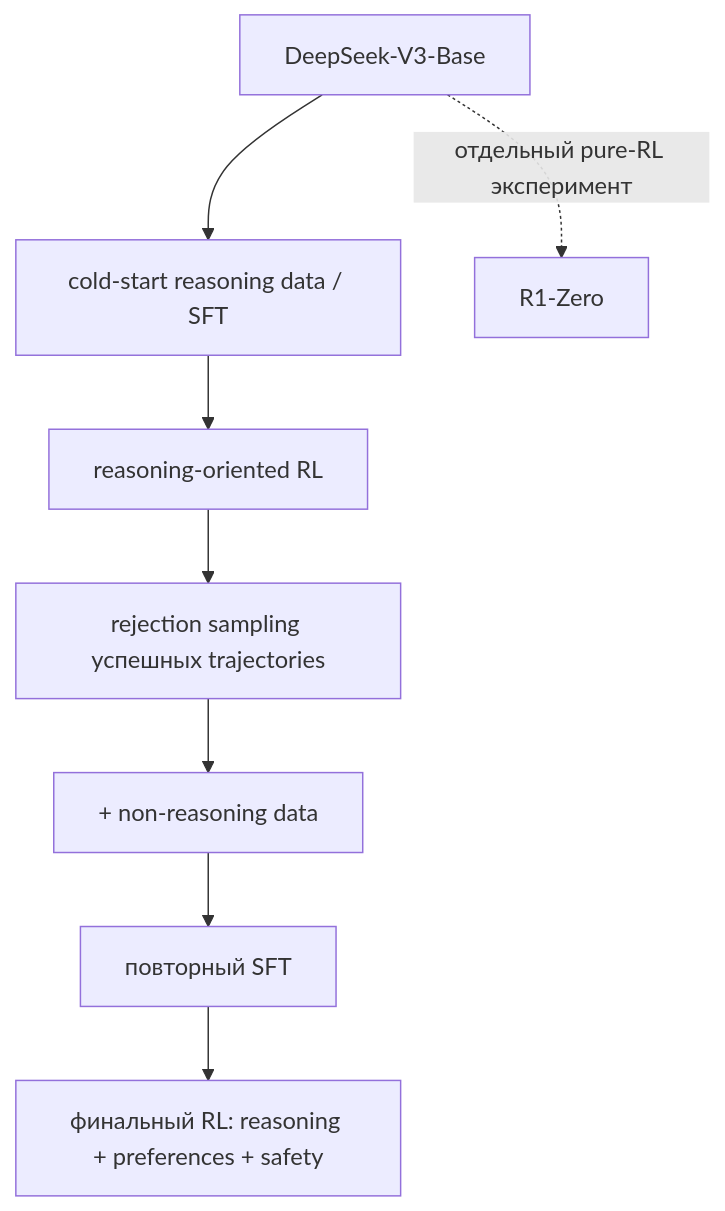
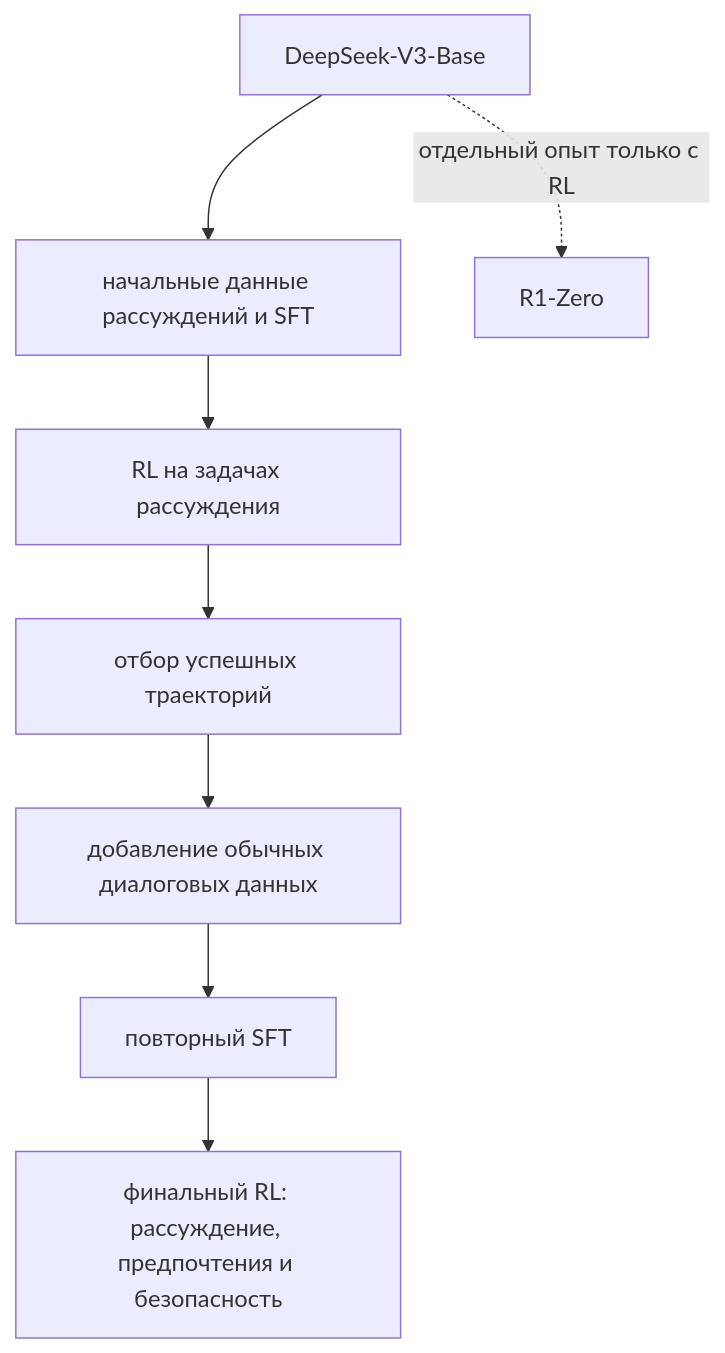
Before and after one commit to alpotekhin/bookvar: the second of 2 diagrams in 00 Учебник/12 Post-training и Alignment/07 GRPO и DeepSeek-R1.md, drawn with Mermaid. The commit also changed other lines of this file and 58 other files, not shown here.

````diff
--- a/00 Учебник/12 Post-training и Alignment/07 GRPO и DeepSeek-R1.md
+++ b/00 Учебник/12 Post-training и Alignment/07 GRPO и DeepSeek-R1.md
@@ -253,10 +264,10 @@
 ```mermaid
 flowchart TD
-    B["DeepSeek-V3-Base"] --> C["cold-start reasoning data / SFT"]
-    C --> RR["reasoning-oriented RL"]
-    RR --> RS["rejection sampling успешных trajectories"]
-    RS --> MIX["+ non-reasoning data"]
+    B["DeepSeek-V3-Base"] --> C["начальные данные рассуждений и SFT"]
+    C --> RR["RL на задачах рассуждения"]
+    RR --> RS["отбор успешных траекторий"]
+    RS --> MIX["добавление обычных диалоговых данных"]
     MIX --> SFT["повторный SFT"]
-    SFT --> ALL["финальный RL: reasoning + preferences + safety"]
-    B -. "отдельный pure-RL эксперимент" .-> Z["R1-Zero"]
+    SFT --> ALL["финальный RL: рассуждение, предпочтения и безопасность"]
+    B -. "отдельный опыт только с RL" .-> Z["R1-Zero"]
 ```
````
